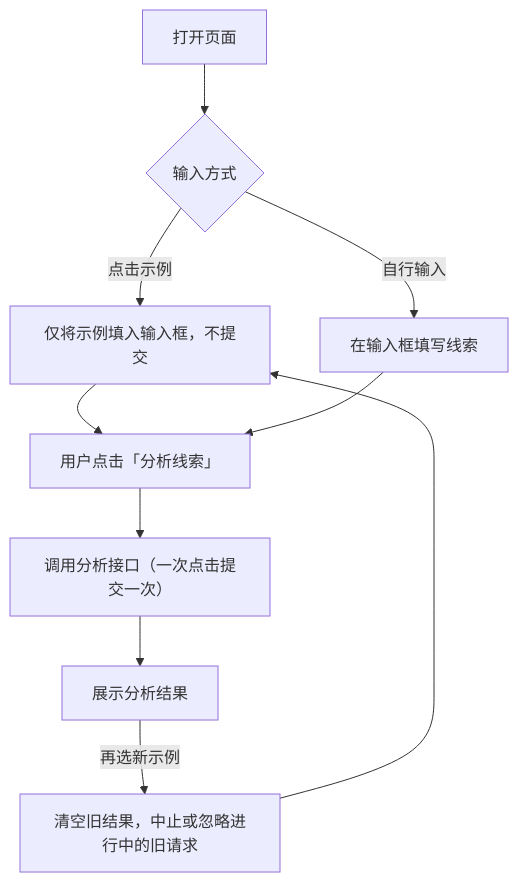
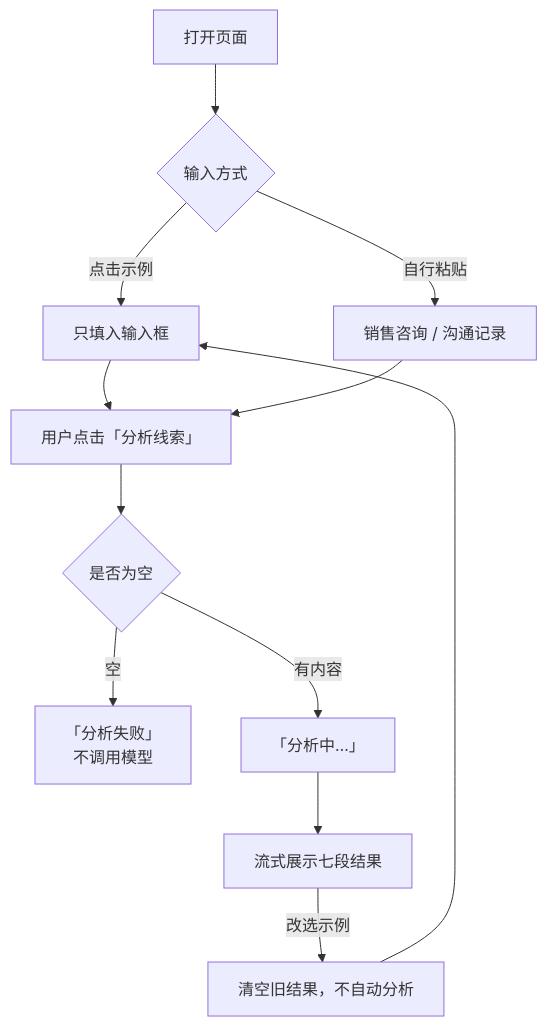
The second of 2 diagrams in case-05-sales-lead-analysis.md (FionaHong-Lab/ai-agent-delivery-casebook), drawn with Mermaid before and after one commit. The commit also changed other lines of this file and 1 other file, not shown here.

````diff
--- a/case-05-sales-lead-analysis.md
+++ b/case-05-sales-lead-analysis.md
@@ -23,12 +56,14 @@
 ```mermaid
 flowchart TD
     A["打开页面"] --> B{"输入方式"}
-    B -->|点击示例| C["仅将示例填入输入框，不提交"]
-    B -->|自行输入| D["在输入框填写线索"]
+    B -->|点击示例| C["只填入输入框"]
+    B -->|自行粘贴| D["销售咨询 / 沟通记录"]
     C --> E["用户点击「分析线索」"]
     D --> E
-    E --> F["调用分析接口（一次点击提交一次）"]
-    F --> G["展示分析结果"]
-    G -->|再选新示例| H["清空旧结果，中止或忽略进行中的旧请求"]
-    H --> C
+    E --> F{"是否为空"}
+    F -->|空| G["「分析失败」<br/>不调用模型"]
+    F -->|有内容| H["「分析中…」"]
+    H --> I["流式展示七段结果"]
+    I -->|改选示例| J["清空旧结果，不自动分析"]
+    J --> C
 ```
````
